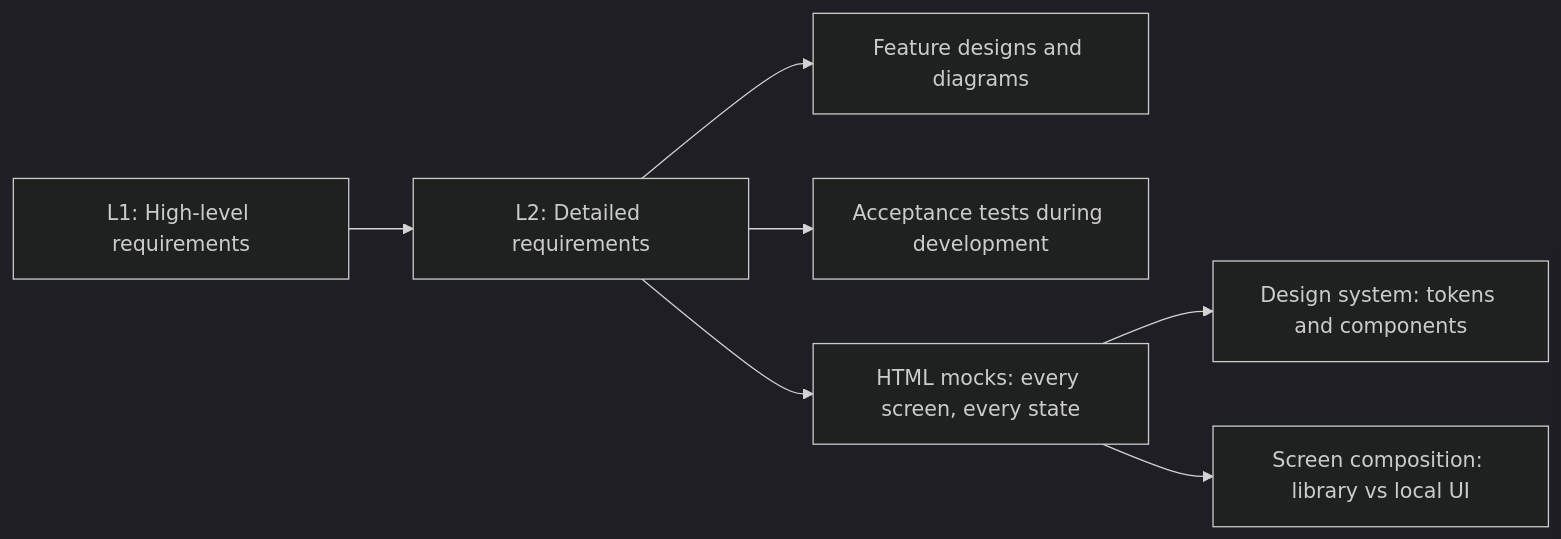
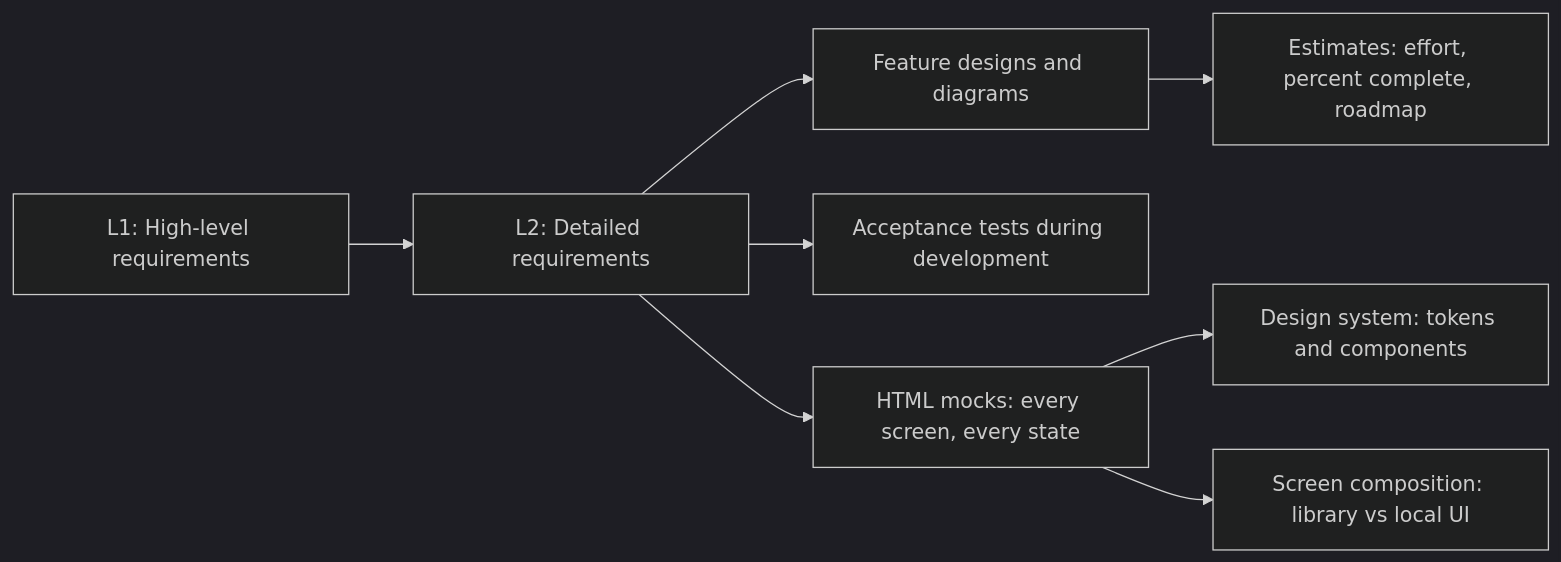
The diagram in README.md (QuinntyneBrown/agent-toolkit), drawn with Mermaid (dark theme) before and after one commit. The commit also changed other lines of this file and 12 other files, not shown here.

````diff
--- a/README.md
+++ b/README.md
@@ -66,9 +69,10 @@
 ```mermaid
 flowchart LR
     L1["L1: High-level requirements"] --> L2["L2: Detailed requirements"]
     L2 --> Design["Feature designs and diagrams"]
     L2 --> Tests["Acceptance tests during development"]
     L2 --> Mocks["HTML mocks: every screen, every state"]
     Mocks --> DS["Design system: tokens and components"]
     Mocks --> Comp["Screen composition: library vs local UI"]
+    Design --> Est["Estimates: effort, percent complete, roadmap"]
 ```
````
